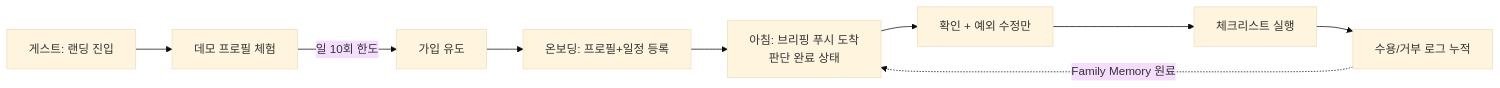
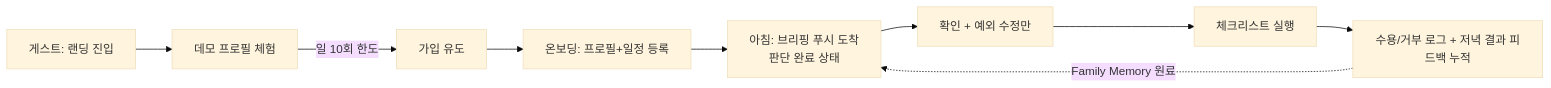
One commit to gnasnue/aiday-github changed the diagram in PRD.md. Above: the diagram before and after it, drawn with Mermaid (base theme). The commit also changed other lines of this file and 3 other files, not shown here.

````diff
--- a/PRD.md
+++ b/PRD.md
@@ -280,11 +316,11 @@
 ```mermaid
 flowchart LR
   A[아침: 브리핑 푸시 도착<br>판단 완료 상태] --> B[확인 + 예외 수정만]
   B --> C[체크리스트 실행]
-  C --> D[수용/거부 로그 누적]
+  C --> D[수용/거부 로그 + 저녁 결과 피드백 누적]
   D -.->|Family Memory 원료| A
   E[게스트: 랜딩 진입] --> F[데모 프로필 체험]
   F -->|일 10회 한도| G[가입 유도]
   G --> H[온보딩: 프로필+일정 등록]
   H --> A
 ```
````
